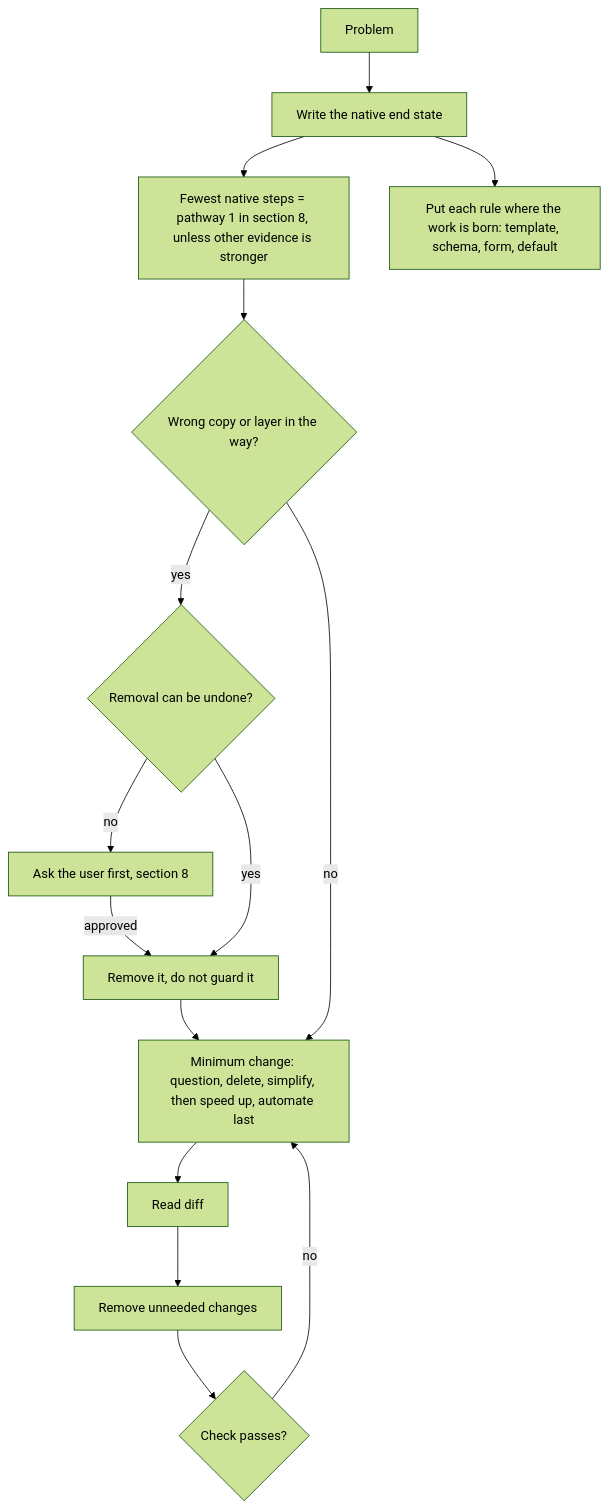
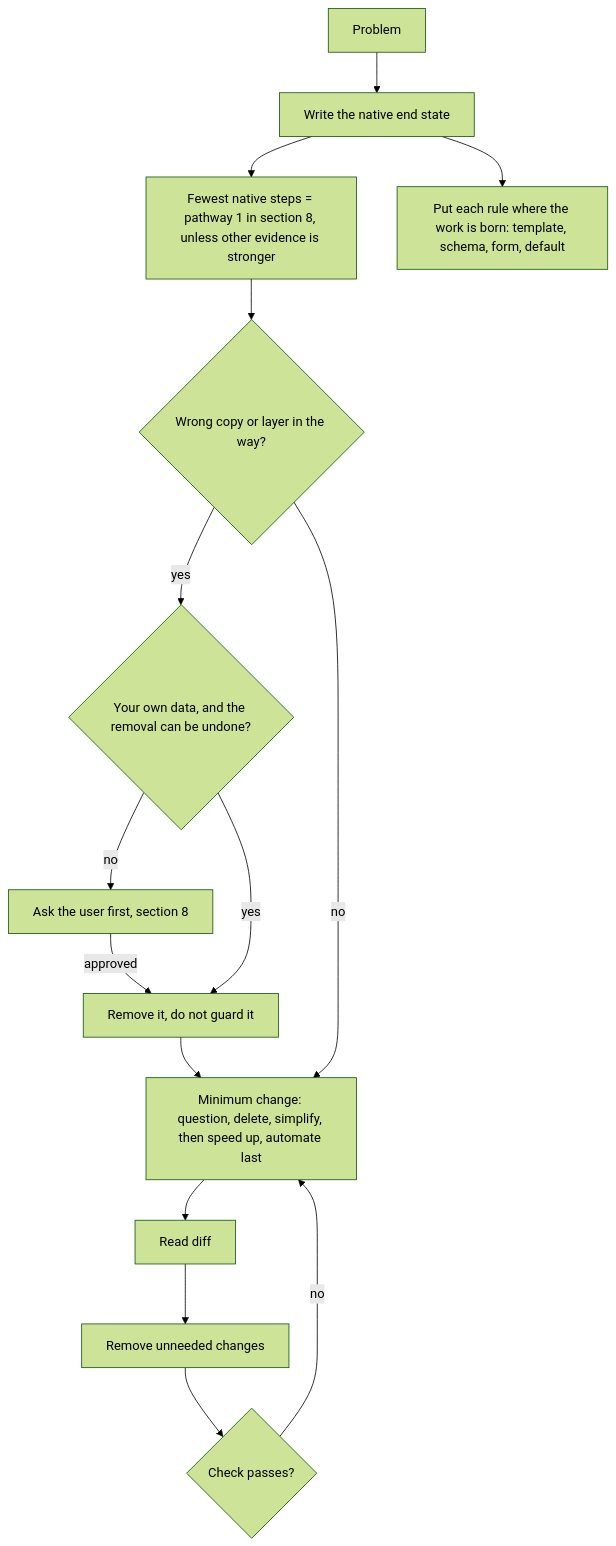
Before and after one commit to SolenixAI/arbiter: the tenth of 14 diagrams in AGENTS.md, drawn with Mermaid (forest theme). The commit also changed other lines of this file, not shown here.

First line of the commit message:
fix(agents): ask before private data, installs and one-way doors (#2)

````diff
--- a/AGENTS.md
+++ b/AGENTS.md
@@ -363,11 +363,11 @@
 ```mermaid
 flowchart TD
   P[Problem] --> E[Write the native end state] --> N[Fewest native steps = pathway 1 in section 8, unless other evidence is stronger]
   N --> W{Wrong copy or layer in the way?}
-  W -->|yes| O{Removal can be undone?}
+  W -->|yes| O{Your own data, and the removal can be undone?}
   E --> RB[Put each rule where the work is born: template, schema, form, default]
   O -->|no| AS[Ask the user first, section 8] -->|approved| X
   O -->|yes| X[Remove it, do not guard it] --> M
   W -->|no| M[Minimum change: question, delete, simplify, then speed up, automate last] --> D[Read diff] --> R[Remove unneeded changes] --> C{Check passes?}
   C -->|no| M
 ```
````
